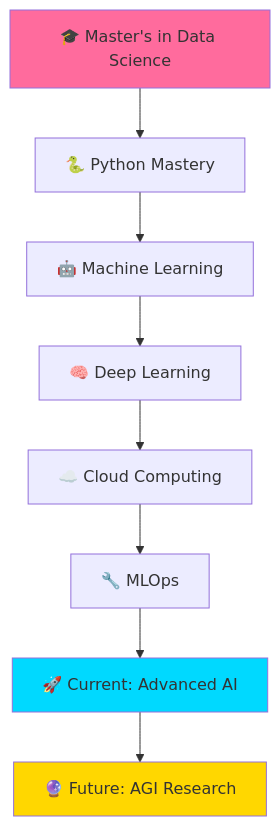
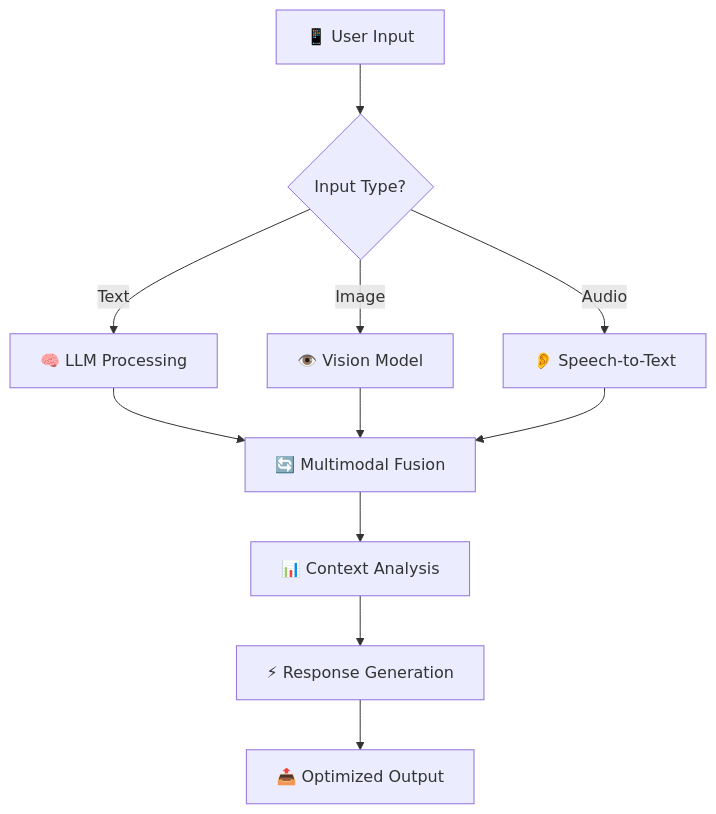
The first of 2 diagrams in README.md (Sejjjalll/My_Profile), drawn with Mermaid before and after one commit. The commit also changed other lines of this file, not shown here.

````diff
--- a/README.md
+++ b/README.md
@@ -248,14 +116,13 @@
 ```mermaid
-graph TD
-    A[🎓 Master's in Data Science] --> B[🐍 Python Mastery]
-    B --> C[🤖 Machine Learning]
-    C --> D[🧠 Deep Learning]
-    D --> E[☁️ Cloud Computing]
-    E --> F[🔧 MLOps]
-    F --> G[🚀 Current: Advanced AI]
-    G --> H[🔮 Future: AGI Research]
-    
-    style A fill:#ff6b9d
-    style G fill:#00d9ff
-    style H fill:#ffd700
+graph TB
+    A[📱 User Input] --> B{Input Type?}
+    B -->|Text| C[🧠 LLM Processing]
+    B -->|Image| D[👁️ Vision Model]
+    B -->|Audio| E[👂 Speech-to-Text]
+    C --> F[🔄 Multimodal Fusion]
+    D --> F
+    E --> F
+    F --> G[📊 Context Analysis]
+    G --> H[⚡ Response Generation]
+    H --> I[📤 Optimized Output]
 ```
````
